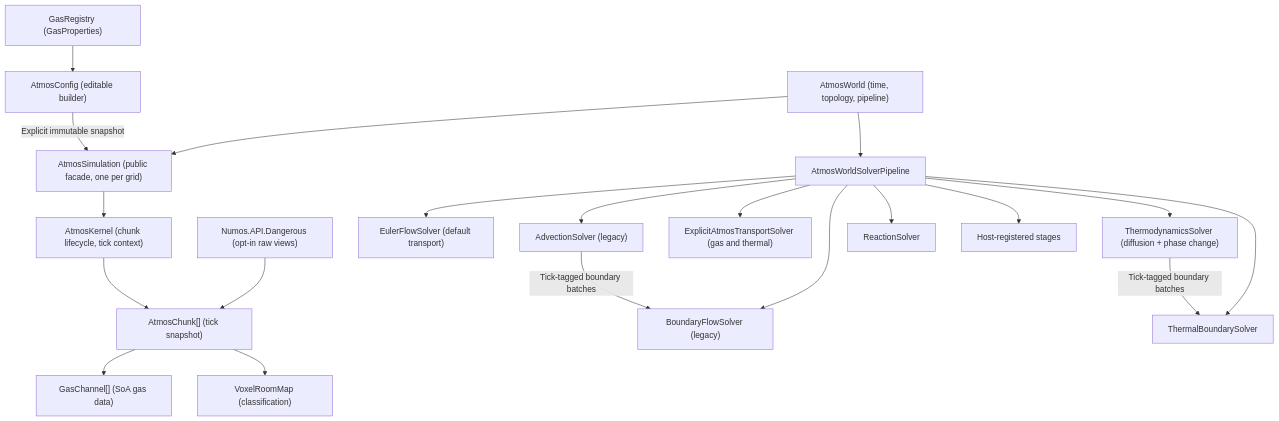
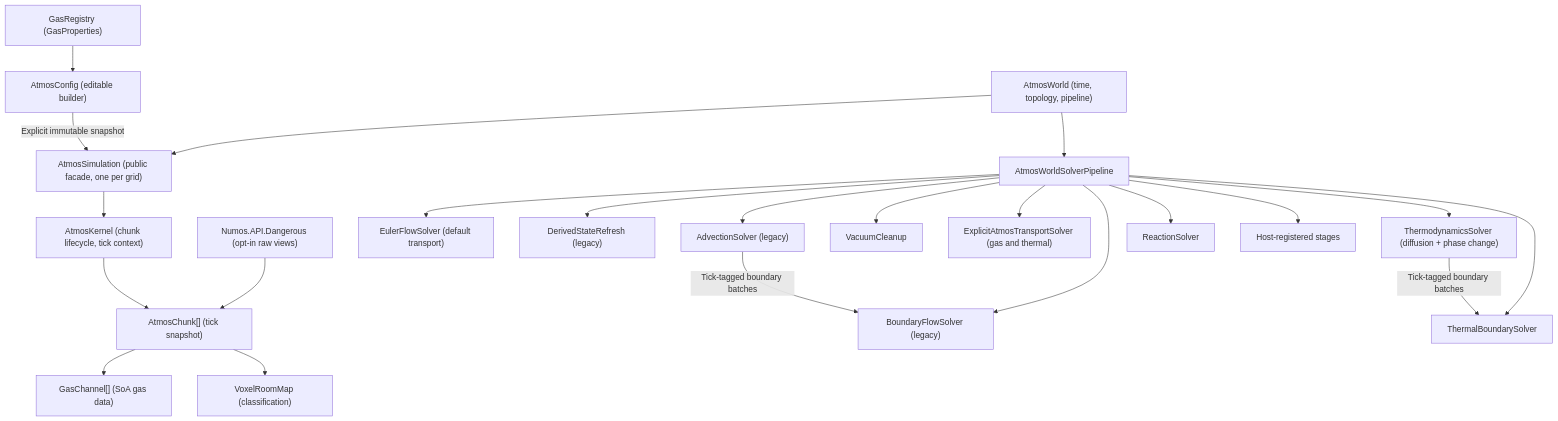
The diagram in docs/atmospherics_technical_documentation.md (ArtisticRoomba/Numos), drawn with Mermaid before and after one commit. The commit also changed other lines of this file and 60 other files, not shown here.

First line of the commit message:
split vacuum cleanup and the cache refresh out of advection into their own stages

````diff
--- a/docs/atmospherics_technical_documentation.md
+++ b/docs/atmospherics_technical_documentation.md
@@ -67,22 +67,24 @@
 ```mermaid
 graph TD
     WORLD["AtmosWorld (time, topology, pipeline)"] --> PIPE["AtmosWorldSolverPipeline"]
     WORLD --> SIM["AtmosSimulation (public facade, one per grid)"]
     SIM --> KERNEL["AtmosKernel (chunk lifecycle, tick context)"]
     DANGER["Numos.API.Dangerous (opt-in raw views)"] --> CHUNKS
     PIPE --> EULER["EulerFlowSolver (default transport)"]
+    PIPE --> REFRESH["DerivedStateRefresh (legacy)"]
     PIPE --> ADV["AdvectionSolver (legacy)"]
+    PIPE --> VAC["VacuumCleanup"]
     PIPE --> EXPL["ExplicitAtmosTransportSolver (gas and thermal)"]
     PIPE --> BOUNDARY["BoundaryFlowSolver (legacy)"]
     PIPE --> THERMO["ThermodynamicsSolver (diffusion + phase change)"]
     PIPE --> THERMAL["ThermalBoundarySolver"]
     PIPE --> REACT["ReactionSolver"]
     PIPE --> CUSTOM["Host-registered stages"]
     KERNEL --> CHUNKS["AtmosChunk[] (tick snapshot)"]
     ADV -->|"Tick-tagged boundary batches"| BOUNDARY
     THERMO -->|"Tick-tagged boundary batches"| THERMAL
     CHUNKS --> GAS["GasChannel[] (SoA gas data)"]
     CHUNKS --> ROOM["VoxelRoomMap (classification)"]
     CONFIG["AtmosConfig (editable builder)"] -->|"Explicit immutable snapshot"| SIM
     REG["GasRegistry (GasProperties)"] --> CONFIG
 ```
````
